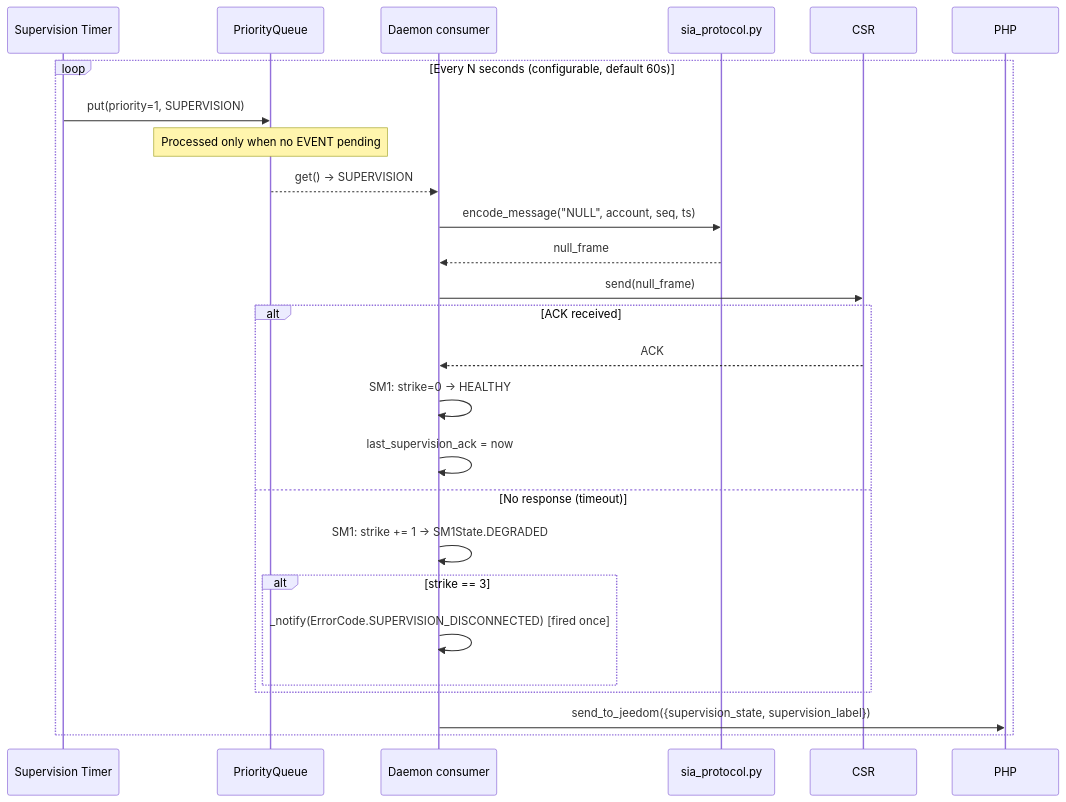
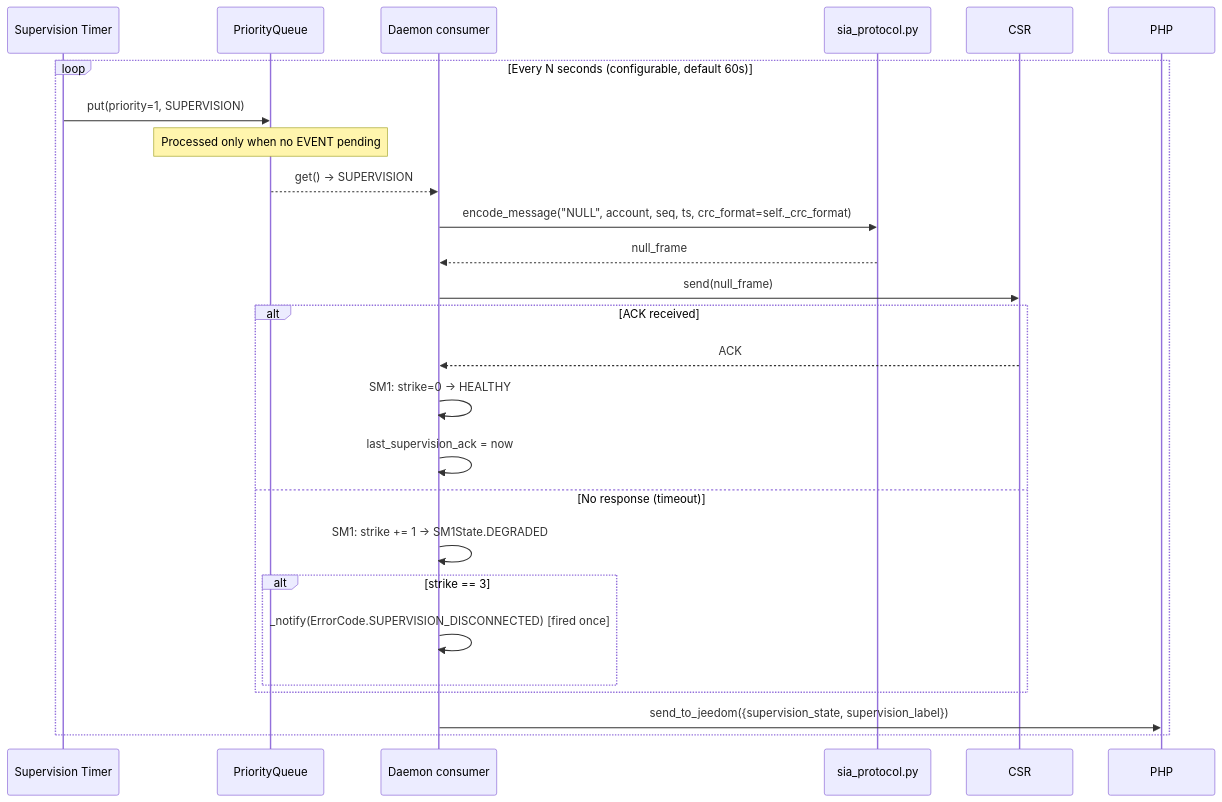
One commit to hlehoux2021/siadc09 changed the sixth of 6 diagrams in docs/design/daemon-design.md. Above: the diagram before and after it, drawn with Mermaid. The commit also changed other lines of this file and 8 other files, not shown here.

````diff
--- a/docs/design/daemon-design.md
+++ b/docs/design/daemon-design.md
@@ -820,32 +896,32 @@
 ```mermaid
 sequenceDiagram
     participant T as Supervision Timer
     participant Q as PriorityQueue
     participant D as Daemon consumer
     participant P as sia_protocol.py
     participant CSR as CSR
 
     loop Every N seconds (configurable, default 60s)
         T->>Q: put(priority=1, SUPERVISION)
 
         Note over Q: Processed only when no EVENT pending
 
         Q-->>D: get() → SUPERVISION
-        D->>P: encode_message("NULL", account, seq, ts)
+        D->>P: encode_message("NULL", account, seq, ts, crc_format=self._crc_format)
         P-->>D: null_frame
         D->>CSR: send(null_frame)
 
         alt ACK received
             CSR-->>D: ACK
             D->>D: SM1: strike=0 → HEALTHY
             D->>D: last_supervision_ack = now
         else No response (timeout)
             D->>D: SM1: strike += 1 → SM1State.DEGRADED
             alt strike == 3
                 D->>D: _notify(ErrorCode.SUPERVISION_DISCONNECTED) [fired once]
             end
         end
 
         D->>PHP: send_to_jeedom({supervision_state, supervision_label})
     end
 ```
````
